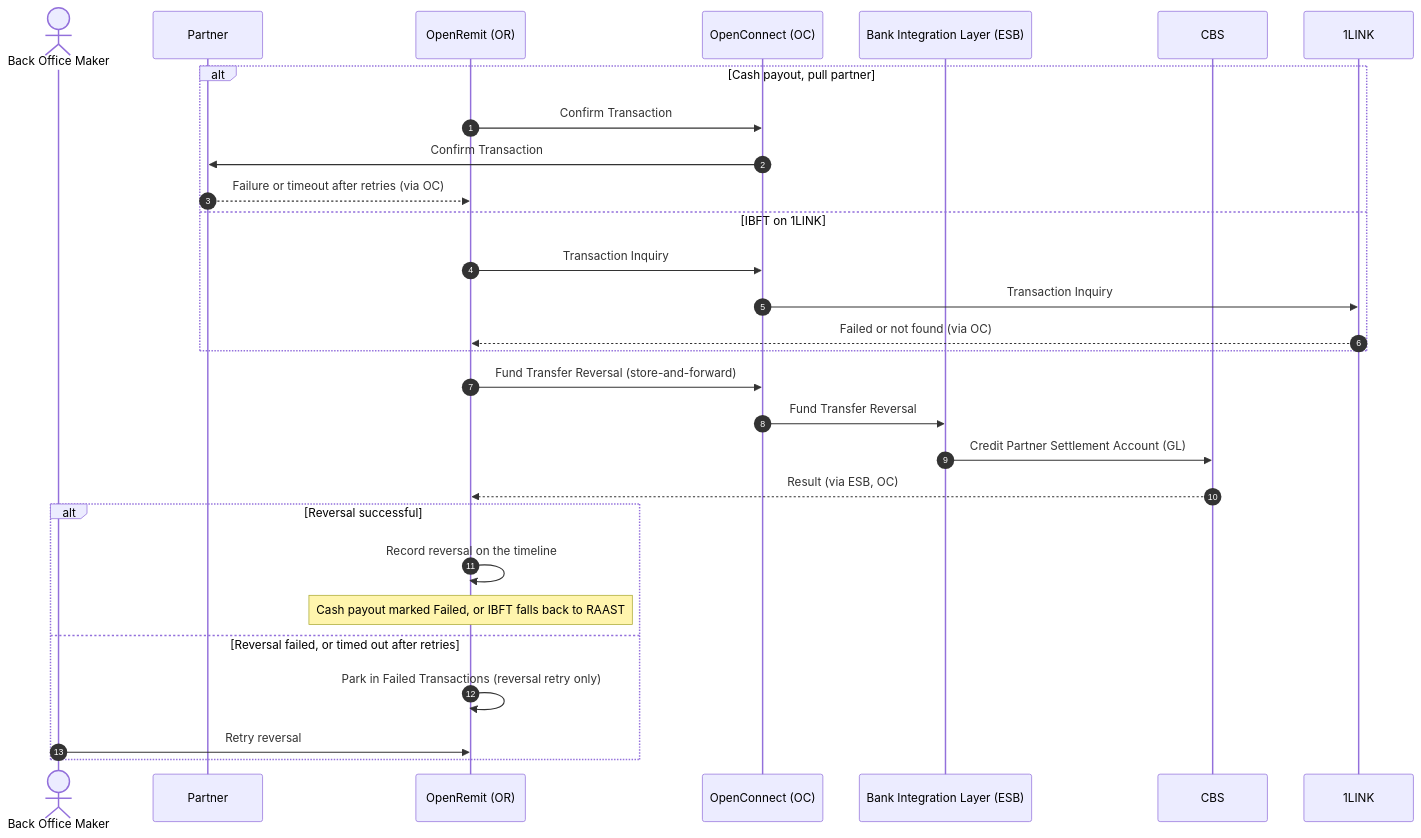
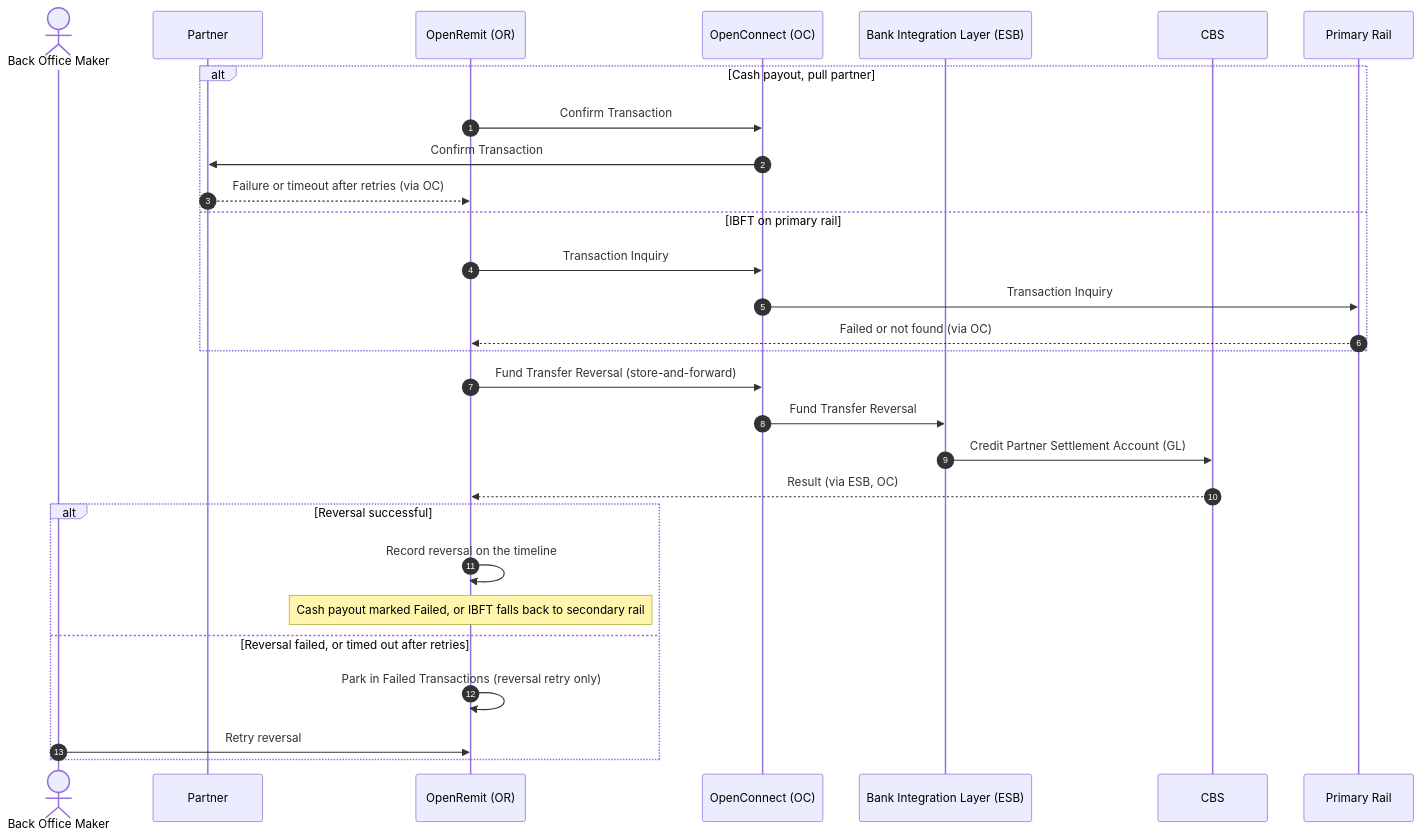
Before and after one commit to paysyslab/OpenRemit: the diagram in docs/features/financial/automatic-ft-reversal.md, drawn with Mermaid. The commit also changed other lines of this file and 38 other files, not shown here.

````diff
--- a/docs/features/financial/automatic-ft-reversal.md
+++ b/docs/features/financial/automatic-ft-reversal.md
@@ -51,33 +51,33 @@
 ```mermaid
 sequenceDiagram
     autonumber
     actor BOM as Back Office Maker
     participant P as Partner
     participant OR as OpenRemit (OR)
     participant OC as OpenConnect (OC)
     participant ESB as Bank Integration Layer (ESB)
     participant CBS
-    participant L1 as 1LINK
+    participant L1 as Primary Rail
 
     alt Cash payout, pull partner
         OR->>OC: Confirm Transaction
         OC->>P: Confirm Transaction
         P-->>OR: Failure or timeout after retries (via OC)
-    else IBFT on 1LINK
+    else IBFT on primary rail
         OR->>OC: Transaction Inquiry
         OC->>L1: Transaction Inquiry
         L1-->>OR: Failed or not found (via OC)
     end
 
     OR->>OC: Fund Transfer Reversal (store-and-forward)
     OC->>ESB: Fund Transfer Reversal
     ESB->>CBS: Credit Partner Settlement Account (GL)
     CBS-->>OR: Result (via ESB, OC)
     alt Reversal successful
         OR->>OR: Record reversal on the timeline
-        Note over OR: Cash payout marked Failed, or IBFT falls back to RAAST
+        Note over OR: Cash payout marked Failed, or IBFT falls back to secondary rail
     else Reversal failed, or timed out after retries
         OR->>OR: Park in Failed Transactions (reversal retry only)
         BOM->>OR: Retry reversal
     end
 ```
````
